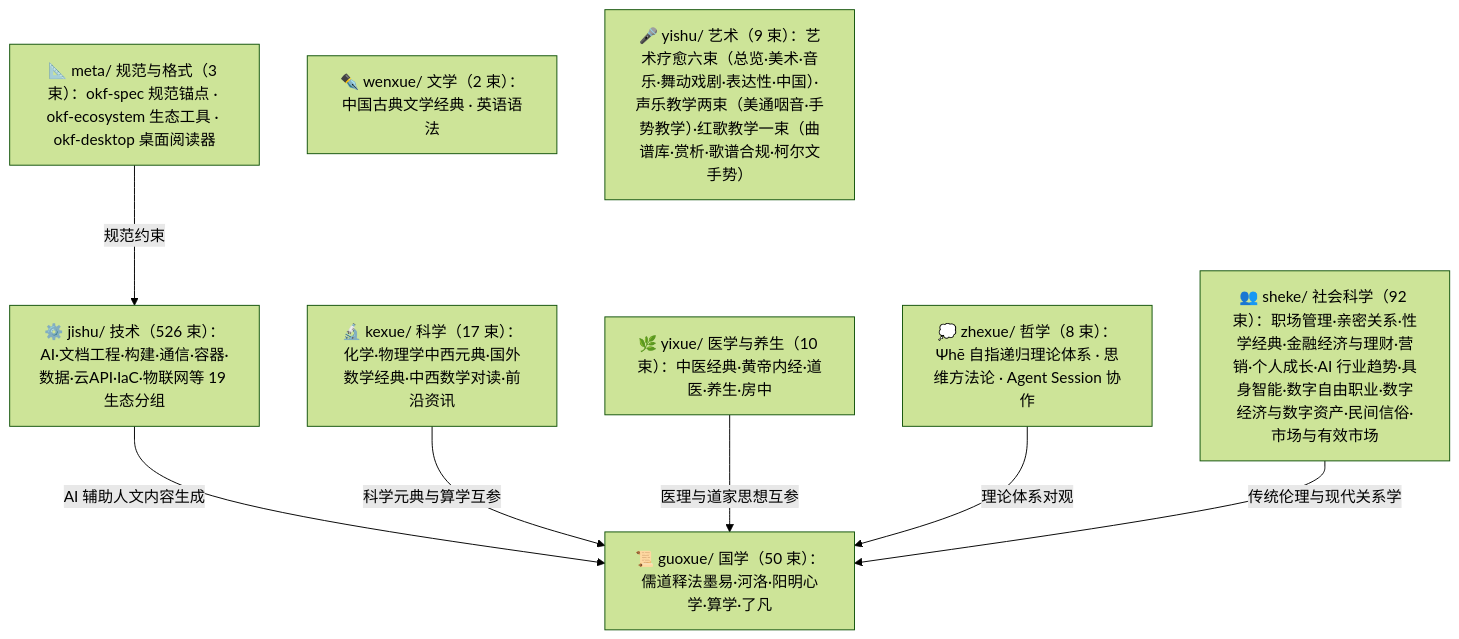
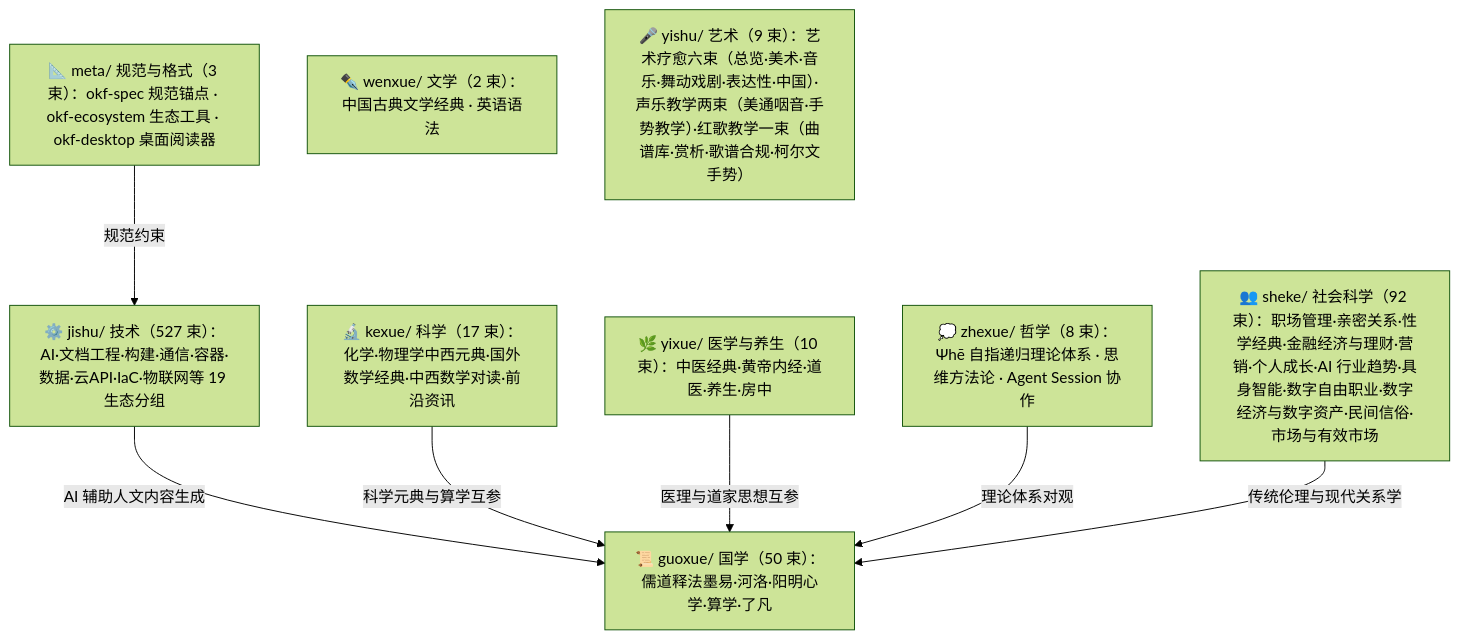
One commit to awesome-flexloop/awesome-okf changed the diagram in doc/bundles/index.md. Above: the diagram before and after it, drawn with Mermaid (forest theme). The commit also changed other lines of this file and 37 other files, not shown here.

````diff
--- a/doc/bundles/index.md
+++ b/doc/bundles/index.md
@@ -21,18 +21,18 @@
 ```mermaid
 flowchart TD
     meta["📐 meta/ 规范与格式（3 束）：okf-spec 规范锚点 · okf-ecosystem 生态工具 · okf-desktop 桌面阅读器"]
     guoxue["📜 guoxue/ 国学（50 束）：儒道释法墨易·河洛·阳明心学·算学·了凡"]
     zhexue["💭 zhexue/ 哲学（8 束）：Ψhē 自指递归理论体系 · 思维方法论 · Agent Session 协作"]
     kexue["🔬 kexue/ 科学（17 束）：化学·物理学中西元典·国外数学经典·中西数学对读·前沿资讯"]
     wenxue["✒️ wenxue/ 文学（2 束）：中国古典文学经典 · 英语语法"]
     yixue["🌿 yixue/ 医学与养生（10 束）：中医经典·黄帝内经·道医·养生·房中"]
     sheke["👥 sheke/ 社会科学（92 束）：职场管理·亲密关系·性学经典·金融经济与理财·营销·个人成长·AI 行业趋势·具身智能·数字自由职业·数字经济与数字资产·民间信俗·市场与有效市场"]
     yishu["🎤 yishu/ 艺术（9 束）：艺术疗愈六束（总览·美术·音乐·舞动戏剧·表达性·中国）·声乐教学两束（美通咽音·手势教学）·红歌教学一束（曲谱库·赏析·歌谱合规·柯尔文手势）"]
-    jishu["⚙️ jishu/ 技术（526 束）：AI·文档工程·构建·通信·容器·数据·云API·IaC·物联网等 19 生态分组"]
+    jishu["⚙️ jishu/ 技术（527 束）：AI·文档工程·构建·通信·容器·数据·云API·IaC·物联网等 19 生态分组"]
     meta -->|"规范约束"| jishu
     jishu -->|"AI 辅助人文内容生成"| guoxue
     kexue -->|"科学元典与算学互参"| guoxue
     yixue -->|"医理与道家思想互参"| guoxue
     zhexue -->|"理论体系对观"| guoxue
     sheke -->|"传统伦理与现代关系学"| guoxue
 ```
````
